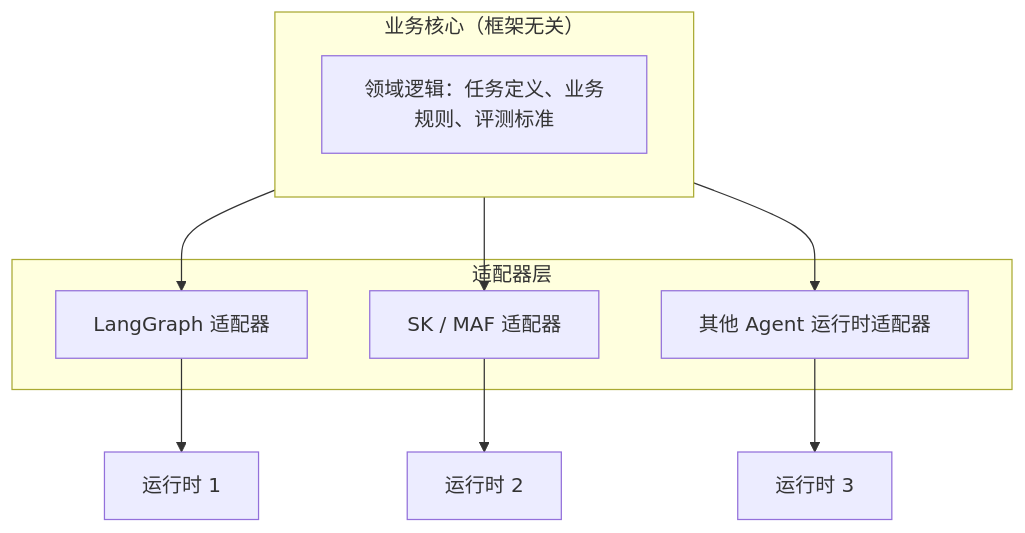
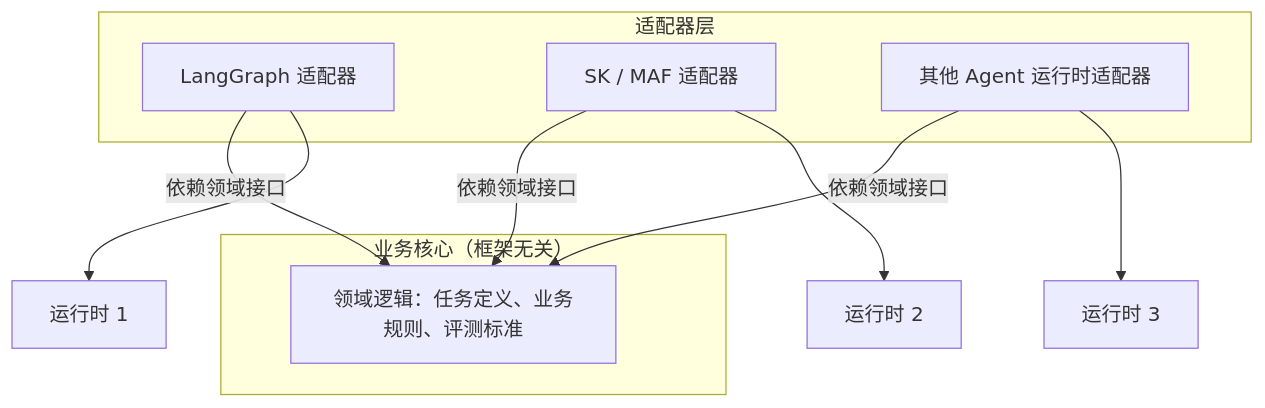
The second of 4 diagrams in docs/frameworks/06-selection-portability/23-lockin-and-portable-architecture.md (oneleaveknowsthefall/awesome-ai-roadmap), drawn with Mermaid before and after one commit. The commit also changed other lines of this file and 27 other files, not shown here.

````diff
--- a/docs/frameworks/06-selection-portability/23-lockin-and-portable-architecture.md
+++ b/docs/frameworks/06-selection-portability/23-lockin-and-portable-architecture.md
@@ -28,17 +28,17 @@
 ```mermaid
 flowchart TB
     subgraph Core["业务核心（框架无关）"]
         BL["领域逻辑：任务定义、业务规则、评测标准"]
     end
     subgraph Adapters["适配器层"]
         A1["LangGraph 适配器"]
         A2["SK / MAF 适配器"]
         A3["其他 Agent 运行时适配器"]
     end
-    Core --> A1
-    Core --> A2
-    Core --> A3
+    A1 -->|依赖领域接口| BL
+    A2 -->|依赖领域接口| BL
+    A3 -->|依赖领域接口| BL
     A1 --> R1["运行时 1"]
     A2 --> R2["运行时 2"]
     A3 --> R3["运行时 3"]
 ```
````
